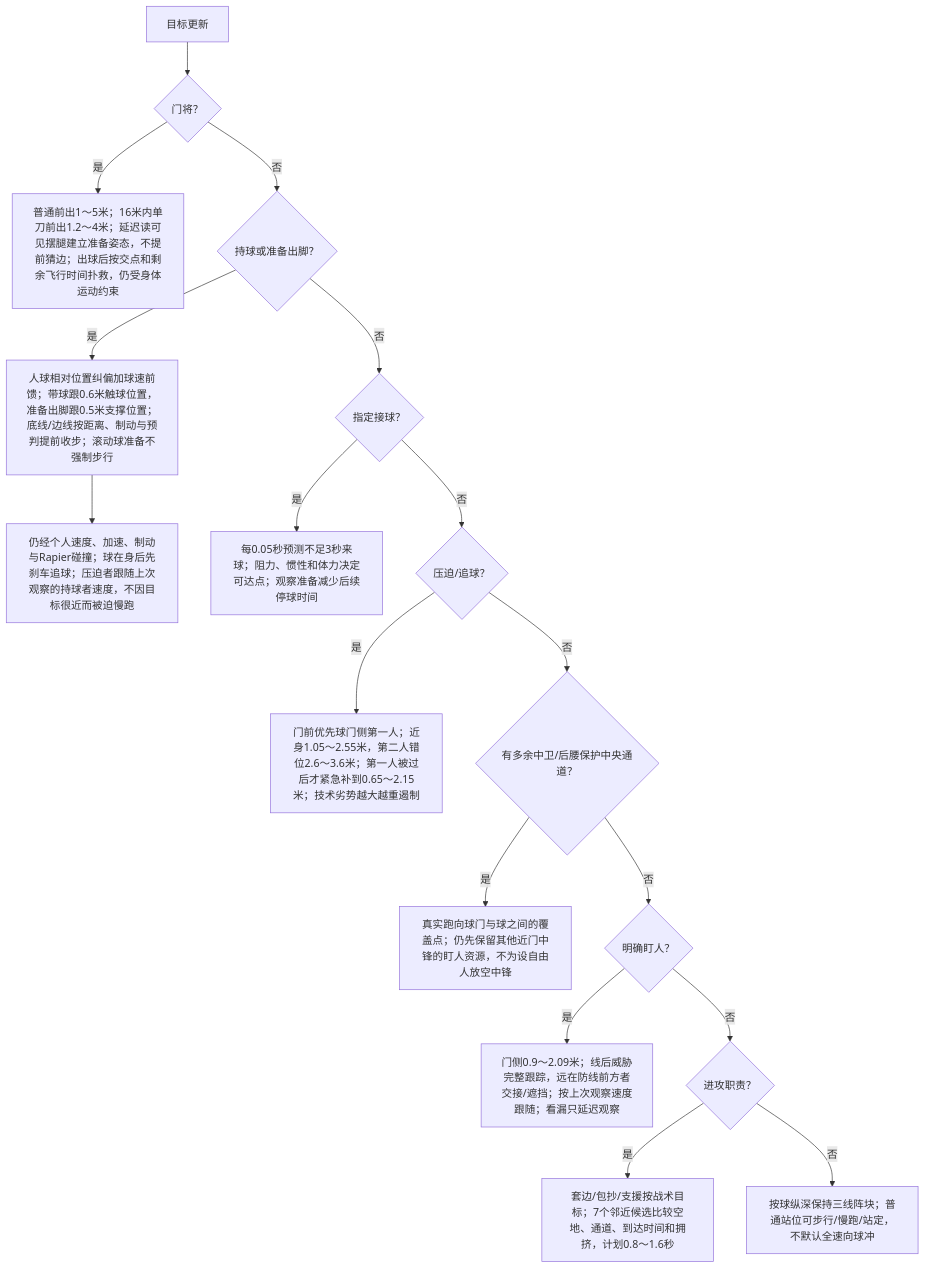
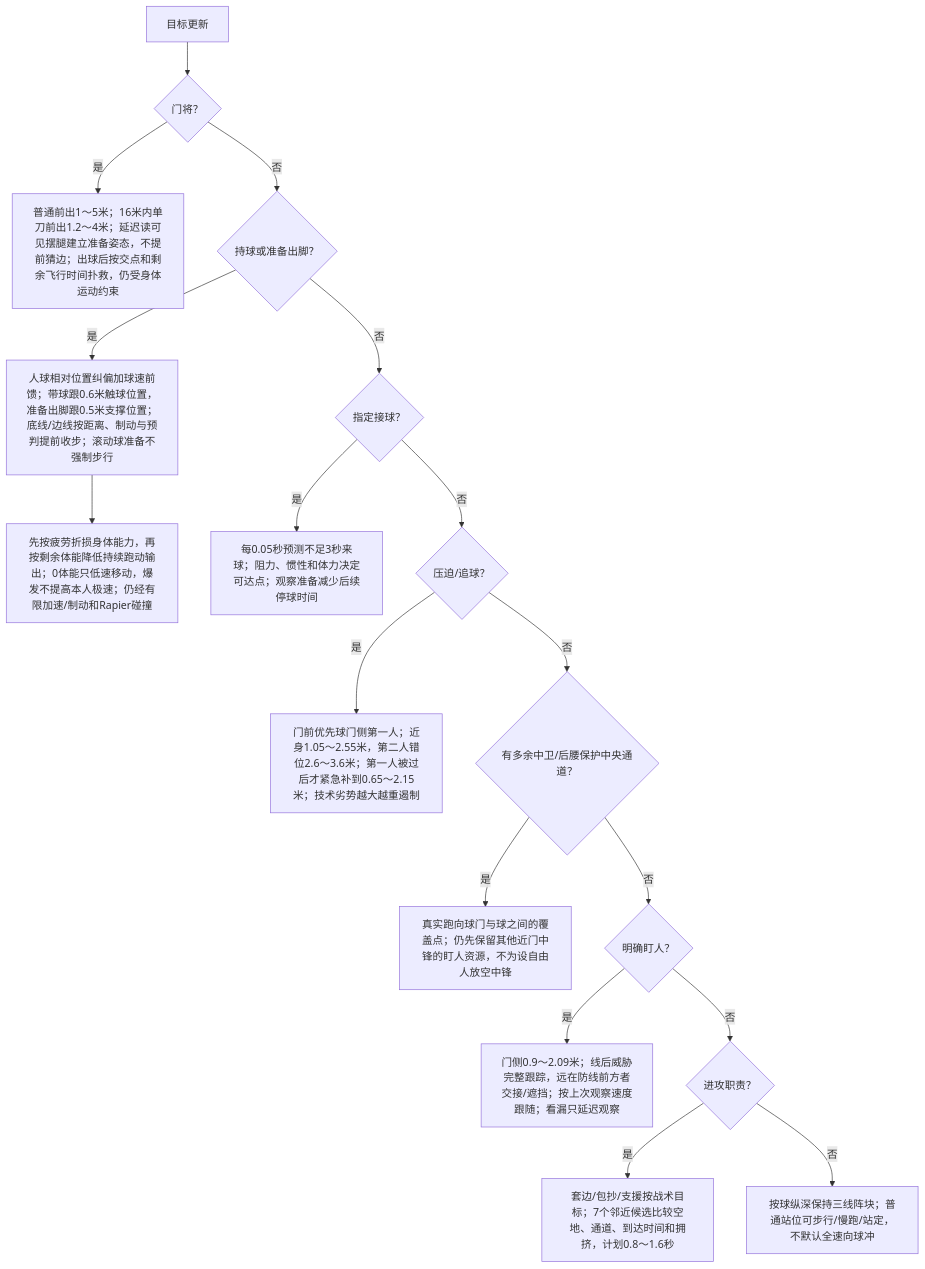
Before and after one commit to sixu3575/touchline-manager: the third of 7 diagrams in packages/shared/modules/matches/design/PLAYER_DECISION_MAP.md, drawn with Mermaid. The commit also changed other lines of this file and 36 other files, not shown here.

````diff
--- a/packages/shared/modules/matches/design/PLAYER_DECISION_MAP.md
+++ b/packages/shared/modules/matches/design/PLAYER_DECISION_MAP.md
@@ -75,19 +79,19 @@
 ```mermaid
 flowchart TD
   P0["目标更新"] --> P1{"门将？"}
   P1 -->|是| PK["普通前出1～5米；16米内单刀前出1.2～4米；延迟读可见摆腿建立准备姿态，不提前猜边；出球后按交点和剩余飞行时间扑救，仍受身体运动约束"]
   P1 -->|否| P2{"持球或准备出脚？"}
   P2 -->|是| PM["人球相对位置纠偏加球速前馈；带球跟0.6米触球位置，准备出脚跟0.5米支撑位置；底线/边线按距离、制动与预判提前收步；滚动球准备不强制步行"]
-  PM --> PA["仍经个人速度、加速、制动与Rapier碰撞；球在身后先刹车追球；压迫者跟随上次观察的持球者速度，不因目标很近而被迫慢跑"]
+  PM --> PA["先按疲劳折损身体能力，再按剩余体能降低持续跑动输出；0体能只低速移动，爆发不提高本人极速；仍经有限加速/制动和Rapier碰撞"]
   P2 -->|否| P3{"指定接球？"}
   P3 -->|是| PR["每0.05秒预测不足3秒来球；阻力、惯性和体力决定可达点；观察准备减少后续停球时间"]
   P3 -->|否| P4{"压迫/追球？"}
   P4 -->|是| PP["门前优先球门侧第一人；近身1.05～2.55米，第二人错位2.6～3.6米；第一人被过后才紧急补到0.65～2.15米；技术劣势越大越重遏制"]
   P4 -->|否| PC{"有多余中卫/后腰保护中央通道？"}
   PC -->|是| PG["真实跑向球门与球之间的覆盖点；仍先保留其他近门中锋的盯人资源，不为设自由人放空中锋"]
   PC -->|否| P5{"明确盯人？"}
   P5 -->|是| PD["门侧0.9～2.09米；线后威胁完整跟踪，远在防线前方者交接/遮挡；按上次观察速度跟随；看漏只延迟观察"]
   P5 -->|否| P6{"进攻职责？"}
   P6 -->|是| PS["套边/包抄/支援按战术目标；7个邻近候选比较空地、通道、到达时间和拥挤，计划0.8～1.6秒"]
   P6 -->|否| PB["按球纵深保持三线阵块；普通站位可步行/慢跑/站定，不默认全速向球冲"]
 ```
````
